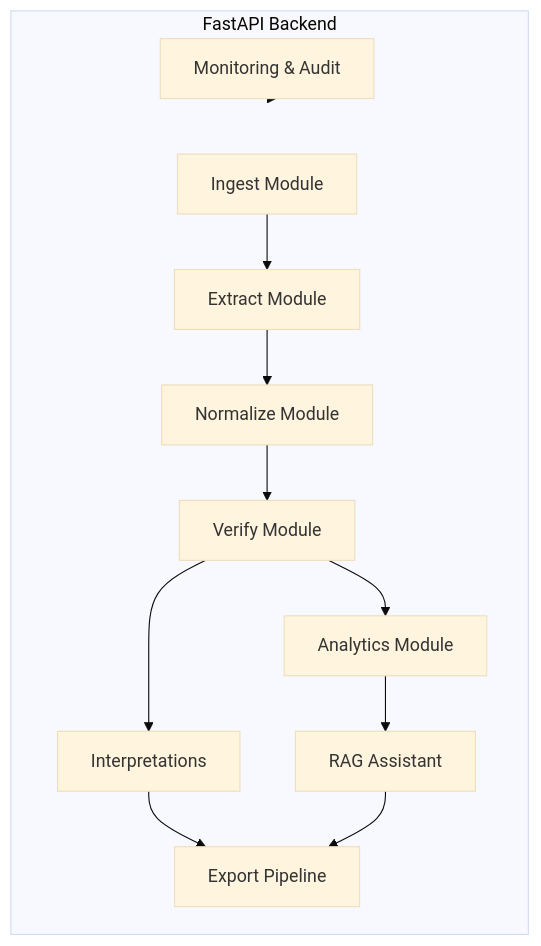
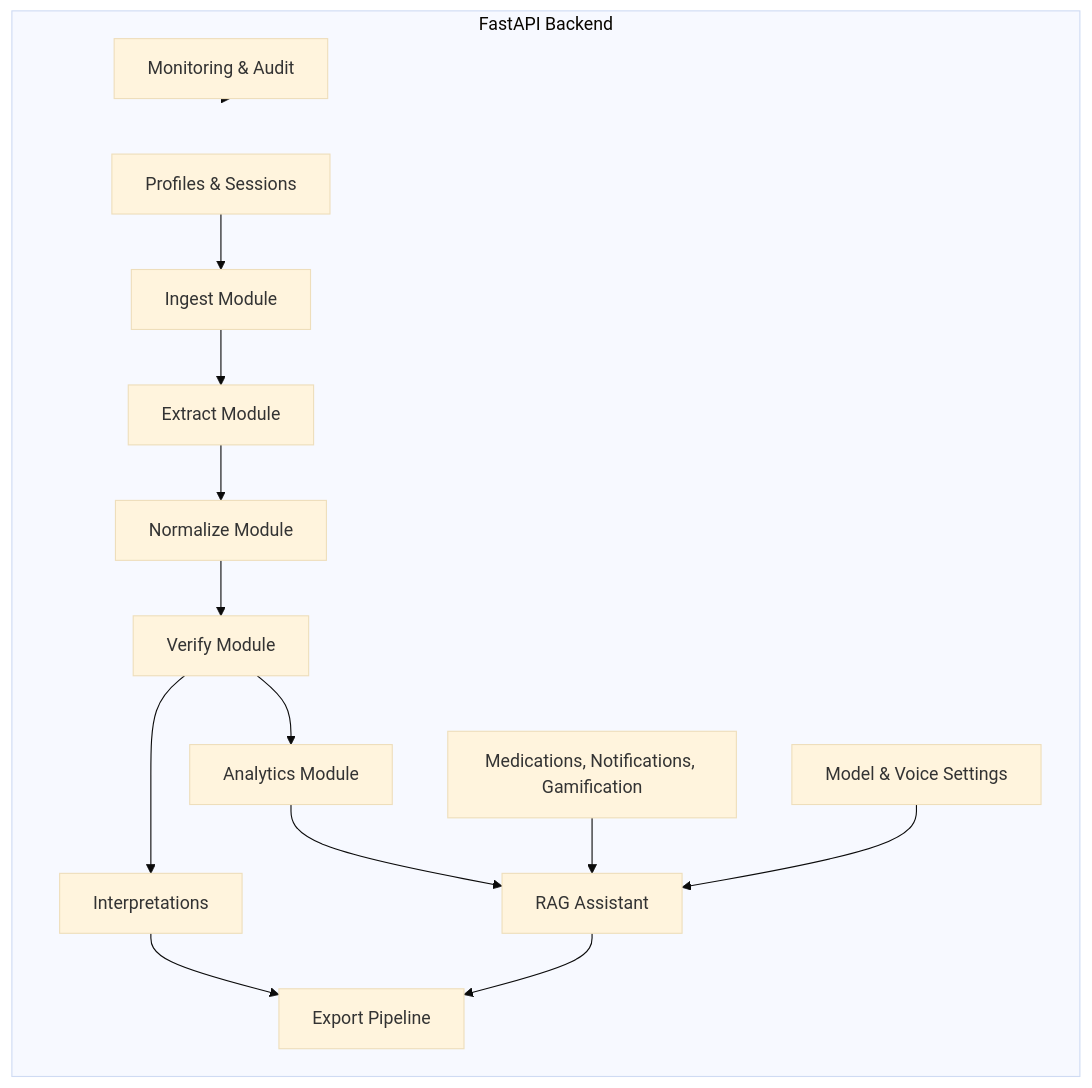
One commit to BrooklynD23/HealthCentral changed the second of 4 diagrams in README.md. Above: the diagram before and after it, drawn with Mermaid (base theme). The commit also changed other lines of this file and 4 other files, not shown here.

````diff
--- a/README.md
+++ b/README.md
@@ -72,20 +77,26 @@
 ```mermaid
 flowchart TB
     subgraph Backend[FastAPI Backend]
+        Profiles[Profiles & Sessions]
         Ingest[Ingest Module]
         Extract[Extract Module]
         Normalize[Normalize Module]
         Verify[Verify Module]
         Analytics[Analytics Module]
         RAG[RAG Assistant]
         Interpret[Interpretations]
+        Meds[Medications, Notifications, Gamification]
+        Settings[Model & Voice Settings]
         Export[Export Pipeline]
         Monitor[Monitoring & Audit]
     end
 
+    Profiles --> Ingest
     Ingest --> Extract --> Normalize --> Verify --> Analytics
     Verify --> Interpret --> Export
     Analytics --> RAG
+    Meds --> RAG
+    Settings --> RAG
     RAG --> Export
     Monitor --> Backend
 ```
````
